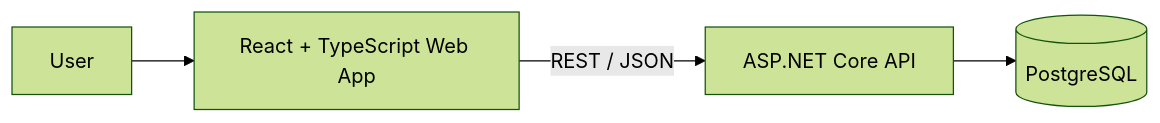
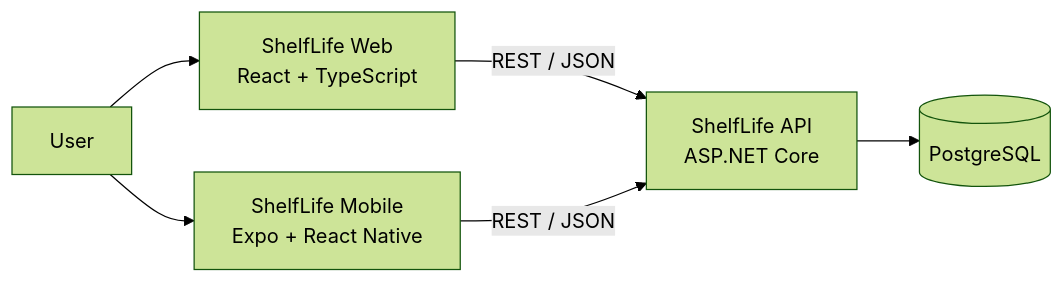
Before and after one commit to ZinhleHlongwane/ShelfLife-WebApp: the diagram in README.md, drawn with Mermaid (forest theme). The commit also changed other lines of this file, not shown here.

Commit message:
docs: rewrite web README in project style

````diff
--- a/README.md
+++ b/README.md
@@ -22,6 +38,8 @@
 ```mermaid
 flowchart LR
-    User --> Web[React + TypeScript Web App]
-    Web -->|REST / JSON| API[ASP.NET Core API]
-    API --> DB[(PostgreSQL)]
+    User --> Web["ShelfLife Web<br/>React + TypeScript"]
+    User --> Mobile["ShelfLife Mobile<br/>Expo + React Native"]
+    Web -->|REST / JSON| API["ShelfLife API<br/>ASP.NET Core"]
+    Mobile -->|REST / JSON| API
+    API --> DB[("PostgreSQL")]
 ```
````
